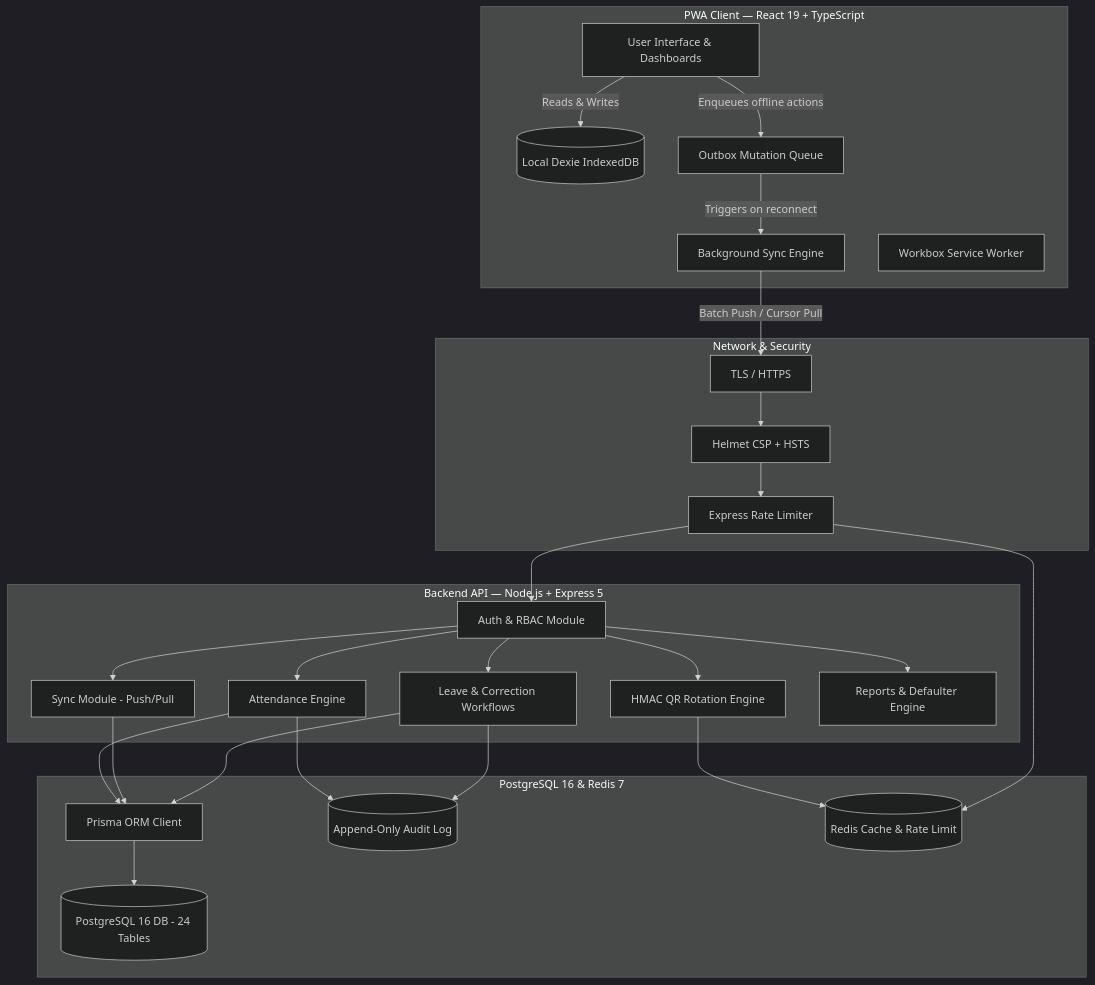
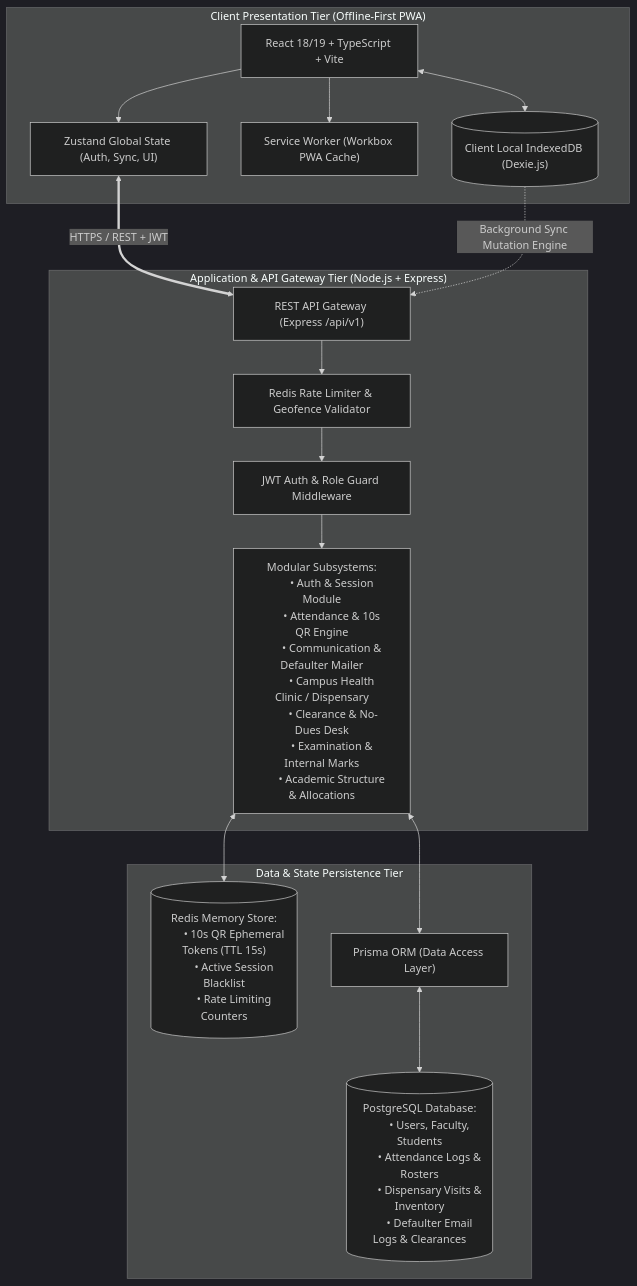
The first of 2 diagrams in README.md (mudit-code/Attend-AI), drawn with Mermaid (dark theme) before and after one commit. The commit also changed other lines of this file and 6 other files, not shown here.

Commit message:
docs: update system architecture specifications, workflow designs, and comprehensive reports

````diff
--- a/README.md
+++ b/README.md
@@ -55,44 +65,50 @@
 ```mermaid
 graph TD
-    subgraph Client Layer [PWA Client — React 19 + TypeScript]
-        UI[User Interface & Dashboards]
-        DexieDB[(Local Dexie IndexedDB)]
-        OutboxQueue[Outbox Mutation Queue]
-        SyncEngine[Background Sync Engine]
-        SW[Workbox Service Worker]
+    subgraph ClientLayer ["Client Presentation Tier (Offline-First PWA)"]
+        UI["React 18/19 + TypeScript + Vite"]
+        Zustand["Zustand Global State (Auth, Sync, UI)"]
+        SW["Service Worker (Workbox PWA Cache)"]
+        IDB[("Client Local IndexedDB (Dexie.js)")]
+        UI --> Zustand
+        UI <--> IDB
+        UI --> SW
     end
 
-    subgraph Transport Layer [Network & Security]
-        HTTPS[TLS / HTTPS]
-        Headers[Helmet CSP + HSTS]
-        RateLimit[Express Rate Limiter]
+    subgraph APILayer ["Application & API Gateway Tier (Node.js + Express)"]
+        GW["REST API Gateway (Express /api/v1)"]
+        AuthMW["JWT Auth & Role Guard Middleware"]
+        RateMW["Redis Rate Limiter & Geofence Validator"]
+        
+        Modules["Modular Subsystems:
+        • Auth & Session Module
+        • Attendance & 10s QR Engine
+        • Communication & Defaulter Mailer
+        • Campus Health Clinic / Dispensary
+        • Clearance & No-Dues Desk
+        • Examination & Internal Marks
+        • Academic Structure & Allocations"]
+        
+        GW --> RateMW --> AuthMW --> Modules
     end
 
-    subgraph Server Layer [Backend API — Node.js + Express 5]
-        AuthMod[Auth & RBAC Module]
-        AttendMod[Attendance Engine]
-        SyncMod[Sync Module - Push/Pull]
-        QRMod[HMAC QR Rotation Engine]
-        LeaveMod[Leave & Correction Workflows]
-        ReportMod[Reports & Defaulter Engine]
+    subgraph DataLayer ["Data & State Persistence Tier"]
+        Redis[("Redis Memory Store:
+        • 10s QR Ephemeral Tokens (TTL 15s)
+        • Active Session Blacklist
+        • Rate Limiting Counters")]
+        
+        Prisma["Prisma ORM (Data Access Layer)"]
+        Postgres[("PostgreSQL Database:
+        • Users, Faculty, Students
+        • Attendance Logs & Rosters
+        • Dispensary Visits & Inventory
+        • Defaulter Email Logs & Clearances")]
+        
+        Modules <--> Redis
+        Modules <--> Prisma
+        Prisma <--> Postgres
     end
 
-    subgraph Data Layer [PostgreSQL 16 & Redis 7]
-        PrismaORM[Prisma ORM Client]
-        Postgres[(PostgreSQL 16 DB - 24 Tables)]
-        AuditLog[(Append-Only Audit Log)]
-        RedisCache[(Redis Cache & Rate Limit)]
-    end
-
-    UI -->|Reads & Writes| DexieDB
-    UI -->|Enqueues offline actions| OutboxQueue
-    OutboxQueue -->|Triggers on reconnect| SyncEngine
-    SyncEngine -->|Batch Push / Cursor Pull| HTTPS
-    HTTPS --> Headers --> RateLimit
-    RateLimit --> AuthMod
-    AuthMod --> AttendMod & SyncMod & QRMod & LeaveMod & ReportMod
-    AttendMod & SyncMod & LeaveMod --> PrismaORM
-    PrismaORM --> Postgres
-    AttendMod & LeaveMod --> AuditLog
-    QRMod & RateLimit --> RedisCache
+    Zustand <== "HTTPS / REST + JWT" ==> GW
+    IDB -. "Background Sync Mutation Engine" .-> GW
 ```
````
